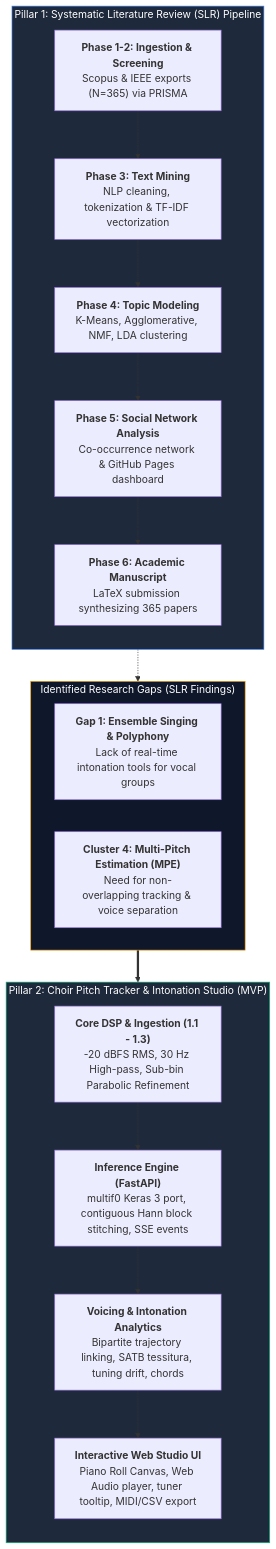
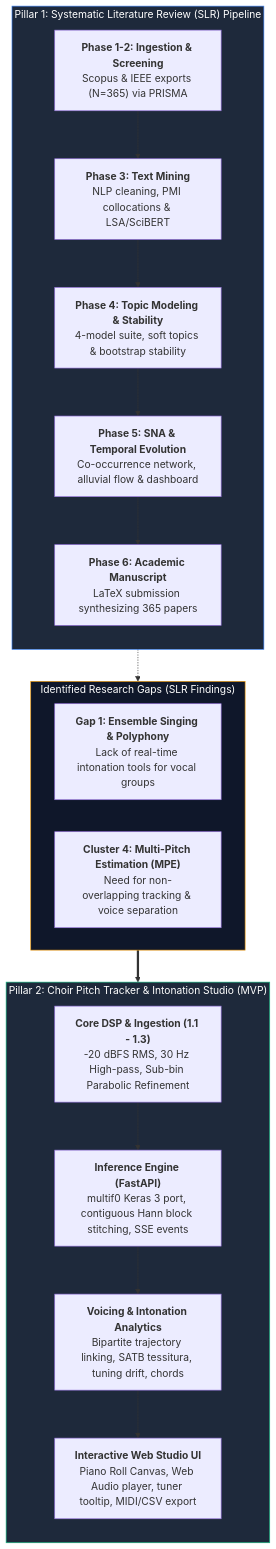
The diagram in README.md (DaLouuu/MuTech), drawn with Mermaid before and after one commit. The commit also changed other lines of this file and 158 other files, not shown here.

````diff
--- a/README.md
+++ b/README.md
@@ -20,34 +22,34 @@
 ```mermaid
 flowchart TD
     subgraph Research_Pillar ["Pillar 1: Systematic Literature Review (SLR) Pipeline"]
         direction TB
         P1["<b>Phase 1-2: Ingestion & Screening</b><br/>Scopus & IEEE exports (N=365) via PRISMA"]
-        P3["<b>Phase 3: Text Mining</b><br/>NLP cleaning, tokenization & TF-IDF vectorization"]
-        P4["<b>Phase 4: Topic Modeling</b><br/>K-Means, Agglomerative, NMF, LDA clustering"]
-        P5["<b>Phase 5: Social Network Analysis</b><br/>Co-occurrence network & GitHub Pages dashboard"]
+        P3["<b>Phase 3: Text Mining</b><br/>NLP cleaning, PMI collocations & LSA/SciBERT"]
+        P4["<b>Phase 4: Topic Modeling & Stability</b><br/>4-model suite, soft topics & bootstrap stability"]
+        P5["<b>Phase 5: SNA & Temporal Evolution</b><br/>Co-occurrence network, alluvial flow & dashboard"]
         P6["<b>Phase 6: Academic Manuscript</b><br/>LaTeX submission synthesizing 365 papers"]
         P1 --> P3 --> P4 --> P5 --> P6
     end
 
     subgraph Literature_Gaps ["Identified Research Gaps (SLR Findings)"]
         GAP1["<b>Gap 1: Ensemble Singing & Polyphony</b><br/>Lack of real-time intonation tools for vocal groups"]
         GAP2["<b>Cluster 4: Multi-Pitch Estimation (MPE)</b><br/>Need for non-overlapping tracking & voice separation"]
     end
 
     P4 -.-> Literature_Gaps
 
     subgraph Engineering_Pillar ["Pillar 2: Choir Pitch Tracker & Intonation Studio (MVP)"]
         direction TB
         M1["<b>Core DSP & Ingestion (1.1 - 1.3)</b><br/>-20 dBFS RMS, 30 Hz High-pass, Sub-bin Parabolic Refinement"]
         M2["<b>Inference Engine (FastAPI)</b><br/>multif0 Keras 3 port, contiguous Hann block stitching, SSE events"]
         M3["<b>Voicing & Intonation Analytics</b><br/>Bipartite trajectory linking, SATB tessitura, tuning drift, chords"]
         M4["<b>Interactive Web Studio UI</b><br/>Piano Roll Canvas, Web Audio player, tuner tooltip, MIDI/CSV export"]
         M1 --> M2 --> M3 --> M4
     end
 
     Literature_Gaps ==> Engineering_Pillar
 
     style Research_Pillar fill:#1e293b,stroke:#3b82f6,color:#fff
     style Literature_Gaps fill:#0f172a,stroke:#f59e0b,color:#fff
     style Engineering_Pillar fill:#1e293b,stroke:#10b981,color:#fff
 ```
````
